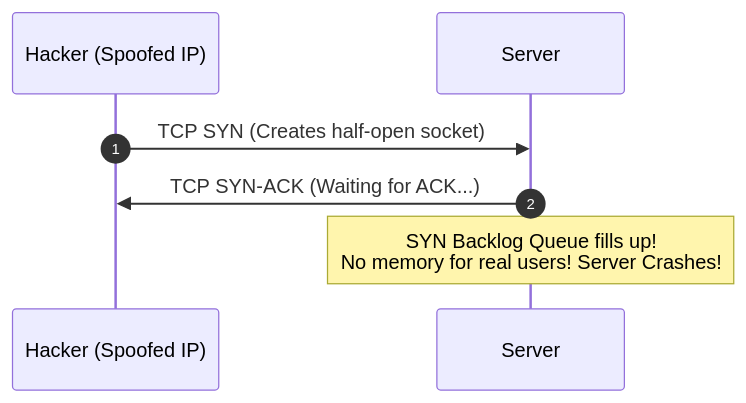
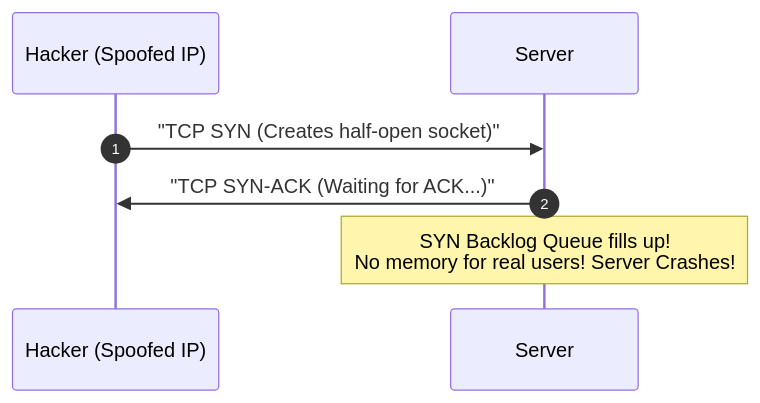
Before and after one commit to awoladhossain/awolad-docs: diagram 31 of 41 in content/networking.md, drawn with Mermaid. The commit also changed other lines of this file, not shown here.

Commit message:
fix: sanitize all sequence diagrams in networking.md by escaping special characters and declaring participants to avoid browser rendering errors

````diff
--- a/content/networking.md
+++ b/content/networking.md
@@ -1080,7 +1080,9 @@
 ```mermaid
 sequenceDiagram
     autonumber
-    Hacker (Spoofed IP)->>Server: TCP SYN (Creates half-open socket)
-    Server->>Hacker (Spoofed IP): TCP SYN-ACK (Waiting for ACK...)
+    participant Hacker as Hacker (Spoofed IP)
+    participant Server as Server
+    Hacker->>Server: "TCP SYN (Creates half-open socket)"
+    Server->>Hacker: "TCP SYN-ACK (Waiting for ACK...)"
     Note over Server: SYN Backlog Queue fills up! <br> No memory for real users! Server Crashes!
 ```
````
